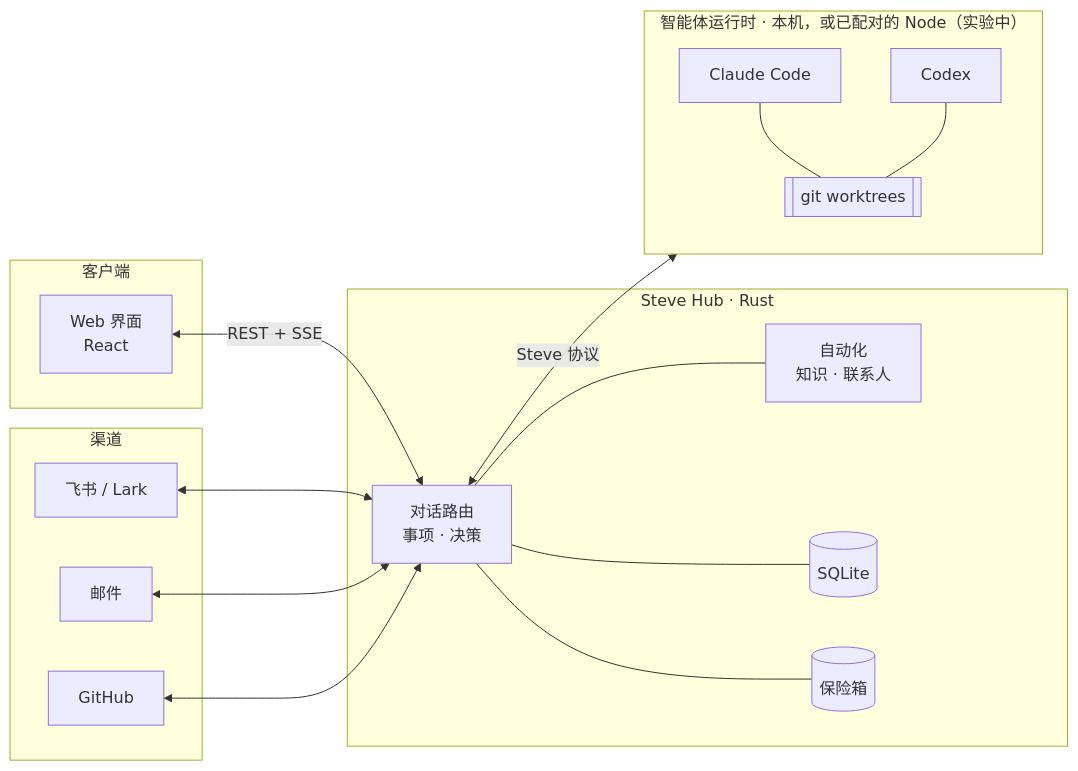
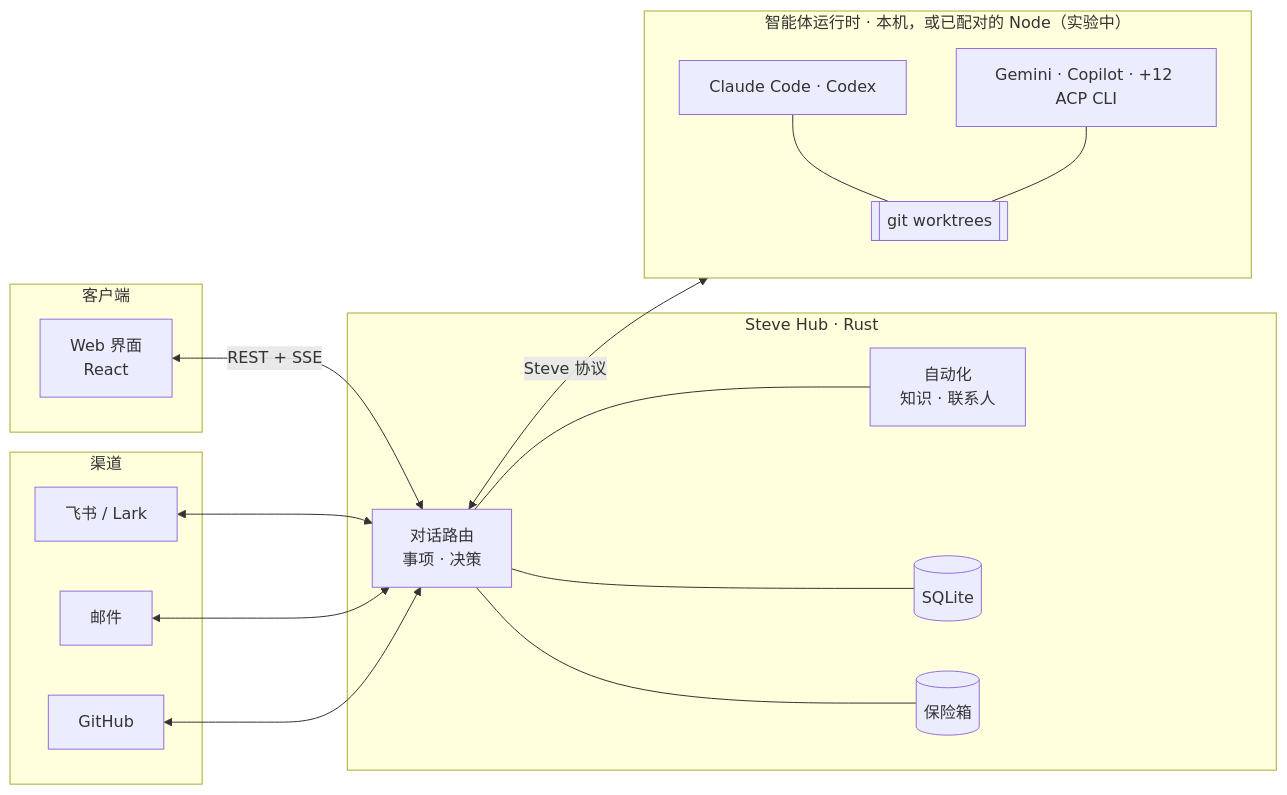
Before and after one commit to Infranite/steve: the diagram in README.zh-CN.md, drawn with Mermaid. The commit also changed other lines of this file and 4 other files, not shown here.

````diff
--- a/README.zh-CN.md
+++ b/README.zh-CN.md
@@ -231,29 +231,29 @@
 ```mermaid
 flowchart LR
     subgraph Clients["客户端"]
         W[Web 界面<br/>React]
     end
     subgraph Channels["渠道"]
         F[飞书 / Lark]
         M[邮件]
         G[GitHub]
     end
     subgraph Hub["Steve Hub · Rust"]
         C[对话路由<br/>事项 · 决策]
         A[自动化<br/>知识 · 联系人]
         S[(SQLite)]
         V[(保险箱)]
     end
     subgraph Node["智能体运行时 · 本机，或已配对的 Node（实验中）"]
-        CC[Claude Code]
-        CX[Codex]
+        CC[Claude Code · Codex]
+        CX[Gemini · Copilot · +12 ACP CLI]
         WT[[git worktrees]]
     end
     W <-->|REST + SSE| C
     F & M & G <--> C
     C --- A
     C --- S
     C --- V
     C <-->|Steve 协议| Node
     CC & CX --- WT
 ```
````
